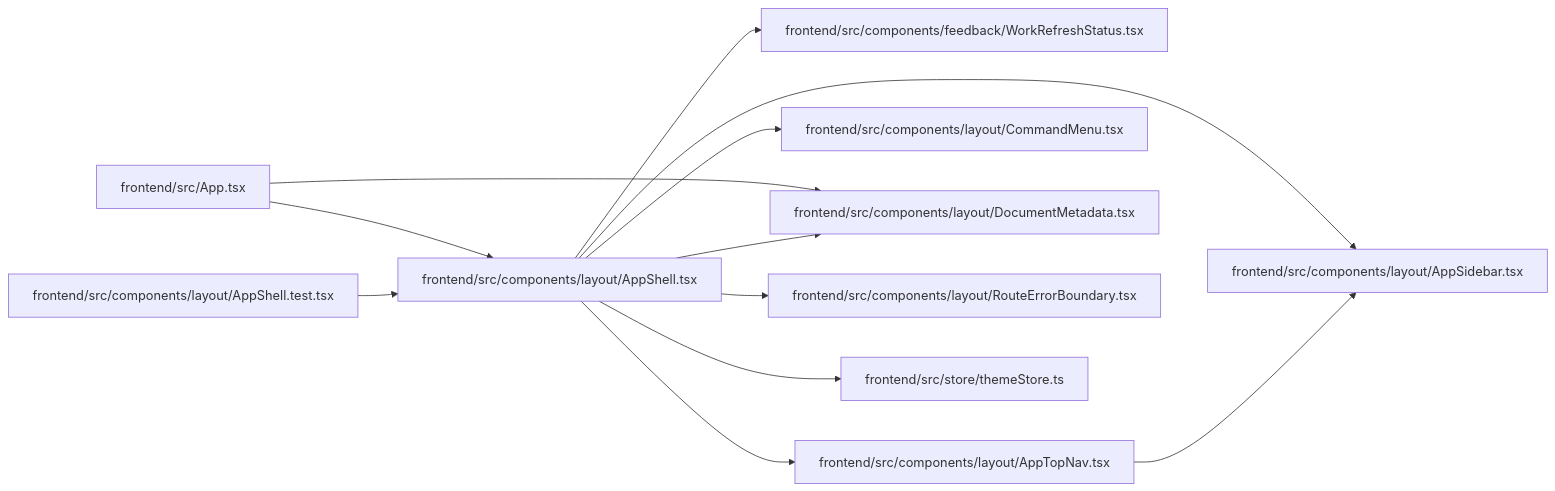
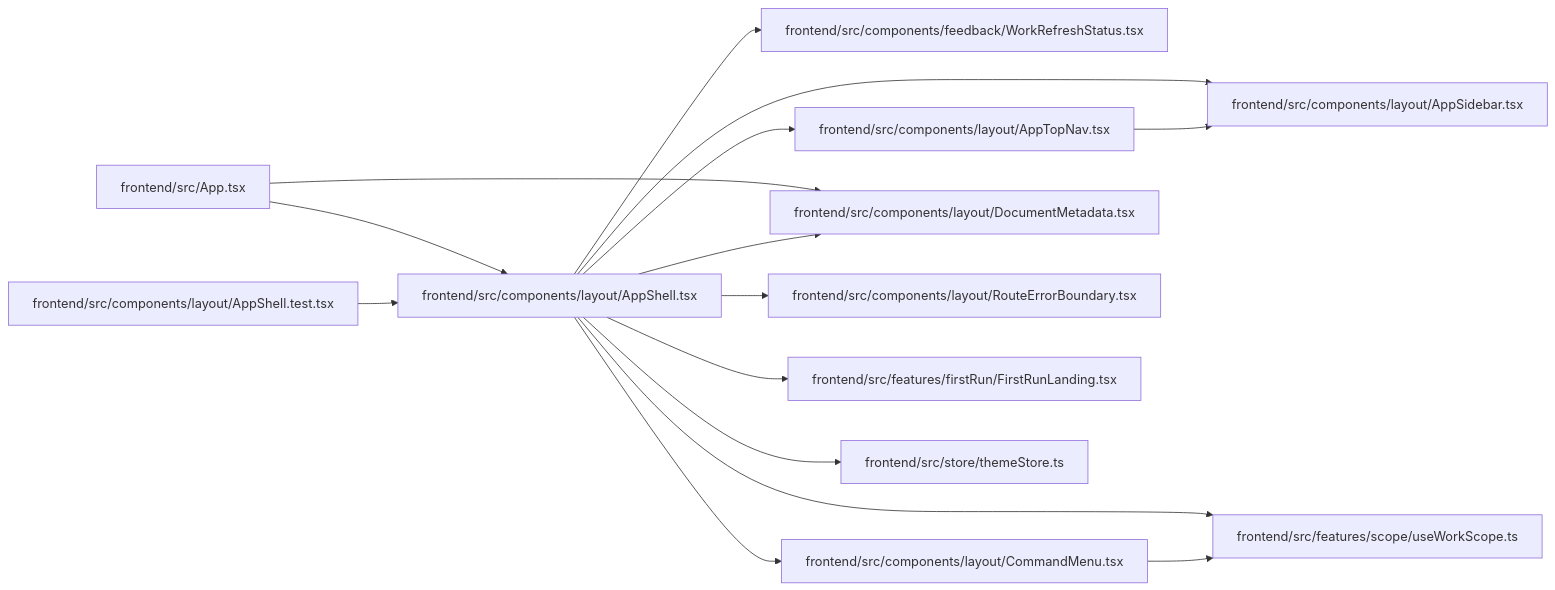
One commit to Denissvgn/WorkChord changed the diagram in docs/llm_wiki/modules/AppShell.md. Above: the diagram before and after it, drawn with Mermaid. The commit also changed other lines of this file and 2373 other files, not shown here.

````diff
--- a/docs/llm_wiki/modules/AppShell.md
+++ b/docs/llm_wiki/modules/AppShell.md
@@ -36,34 +38,41 @@
 ```mermaid
 flowchart LR
     n0["frontend/src/App.tsx"]
     n1["frontend/src/components/feedback/WorkRefreshStatus.tsx"]
     n2["frontend/src/components/layout/AppShell.test.tsx"]
     n3["frontend/src/components/layout/AppShell.tsx"]
     n4["frontend/src/components/layout/AppSidebar.tsx"]
     n5["frontend/src/components/layout/AppTopNav.tsx"]
     n6["frontend/src/components/layout/CommandMenu.tsx"]
     n7["frontend/src/components/layout/DocumentMetadata.tsx"]
     n8["frontend/src/components/layout/RouteErrorBoundary.tsx"]
-    n9["frontend/src/store/themeStore.ts"]
+    n9["frontend/src/features/firstRun/FirstRunLanding.tsx"]
+    n10["frontend/src/features/scope/useWorkScope.ts"]
+    n11["frontend/src/store/themeStore.ts"]
     n0 --> n3
     n0 --> n7
     n2 --> n3
     n3 --> n1
     n3 --> n4
     n3 --> n5
     n3 --> n6
     n3 --> n7
     n3 --> n8
     n3 --> n9
+    n3 --> n10
+    n3 --> n11
     n5 --> n4
+    n6 --> n10
     click n0 "../modules/App.md"
     click n1 "../modules/WorkRefreshStatus.md"
     click n2 "../modules/AppShell.test.md"
     click n3 "../modules/AppShell.md"
     click n4 "../modules/AppSidebar.md"
     click n5 "../modules/AppTopNav.md"
     click n6 "../modules/CommandMenu.md"
     click n7 "../modules/DocumentMetadata.md"
     click n8 "../modules/RouteErrorBoundary.md"
-    click n9 "../modules/themeStore.md"
+    click n9 "../modules/FirstRunLanding.md"
+    click n10 "../modules/useWorkScope.md"
+    click n11 "../modules/themeStore.md"
 ```
````
